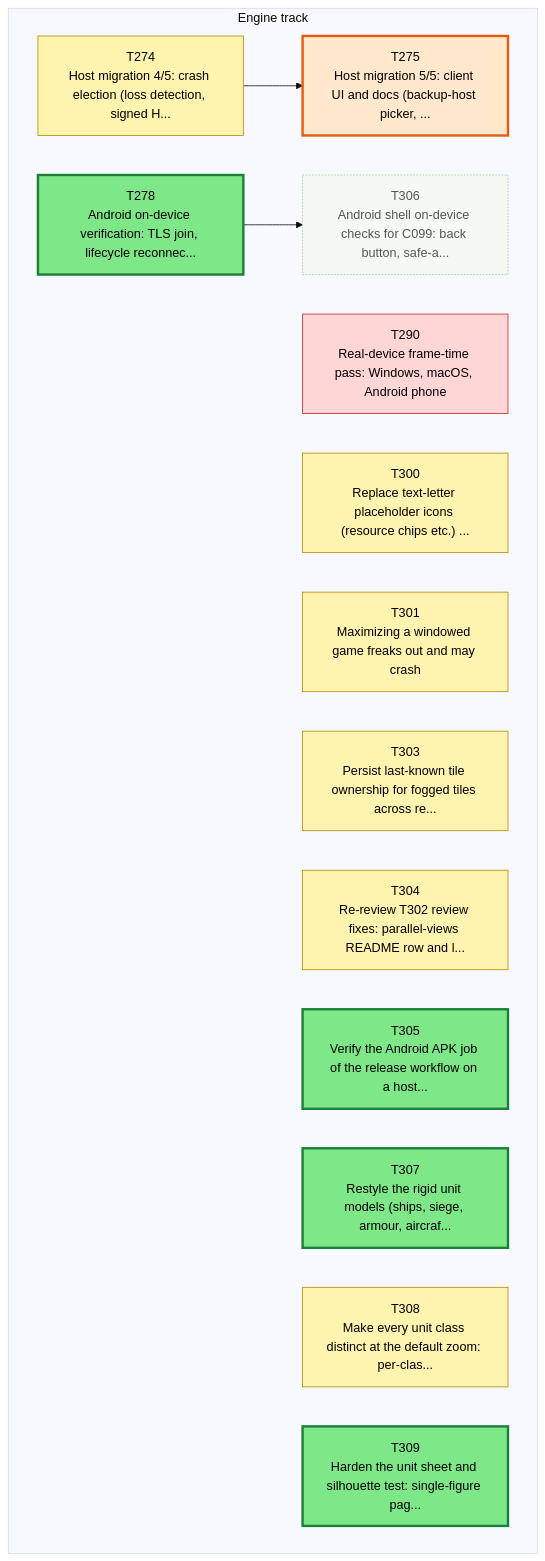
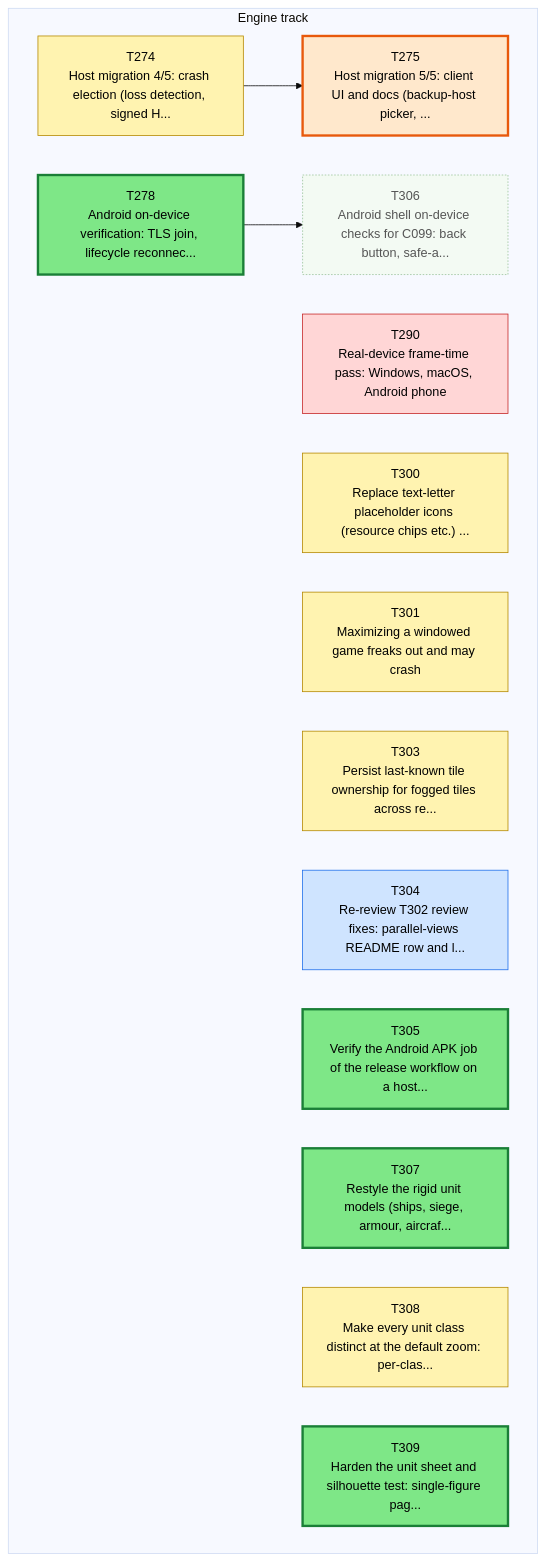
The first of 3 diagrams in csharp/migration/DEPENDENCY_MAP.md (Kenmura/Unciv), drawn with Mermaid (base theme) before and after one commit. The commit also changed other lines of this file and 1 other file, not shown here.

Commit message:
migration: T304 -> Needs-Review [Claude]

````diff
--- a/csharp/migration/DEPENDENCY_MAP.md
+++ b/csharp/migration/DEPENDENCY_MAP.md
@@ -35,40 +35,40 @@
 ```mermaid
 flowchart TD
   subgraph TTRACK["Engine track"]
     T274["T274<br/>Host migration 4/5: crash election (loss detection, signed H..."]
     T275["T275<br/>Host migration 5/5: client UI and docs (backup-host picker, ..."]
     T278["T278<br/>Android on-device verification: TLS join, lifecycle reconnec..."]
     T290["T290<br/>Real-device frame-time pass: Windows, macOS, Android phone"]
     T300["T300<br/>Replace text-letter placeholder icons (resource chips etc.) ..."]
     T301["T301<br/>Maximizing a windowed game freaks out and may crash"]
     T303["T303<br/>Persist last-known tile ownership for fogged tiles across re..."]
     T304["T304<br/>Re-review T302 review fixes: parallel-views README row and l..."]
     T305["T305<br/>Verify the Android APK job of the release workflow on a host..."]
     T306["T306<br/>Android shell on-device checks for C099: back button, safe-a..."]
     T307["T307<br/>Restyle the rigid unit models (ships, siege, armour, aircraf..."]
     T308["T308<br/>Make every unit class distinct at the default zoom: per-clas..."]
     T309["T309<br/>Harden the unit sheet and silhouette test: single-figure pag..."]
   end
   T274 --> T275
   T278 --> T306
   classDef waiting fill:#f3faf3,stroke:#9bc49b,color:#555,stroke-dasharray:2 2
   classDef ondeck fill:#ffe8cc,stroke:#e8590c,stroke-width:3px,color:#000
   classDef ready fill:#7ee787,stroke:#1a7f37,stroke-width:3px,color:#000
   classDef prog fill:#fff3b0,stroke:#b58900,color:#000
   classDef review fill:#cfe4ff,stroke:#1f6feb,color:#000
   classDef blocked fill:#ffd6d6,stroke:#c62828,color:#000
   classDef done fill:#eeeeee,stroke:#999999,color:#666,stroke-dasharray:4 3
   class T274 prog
   class T275 ondeck
   class T278 ready
   class T290 blocked
   class T300 prog
   class T301 prog
   class T303 prog
-  class T304 prog
+  class T304 review
   class T305 ready
   class T306 waiting
   class T307 ready
   class T308 prog
   class T309 ready
 ```
````
